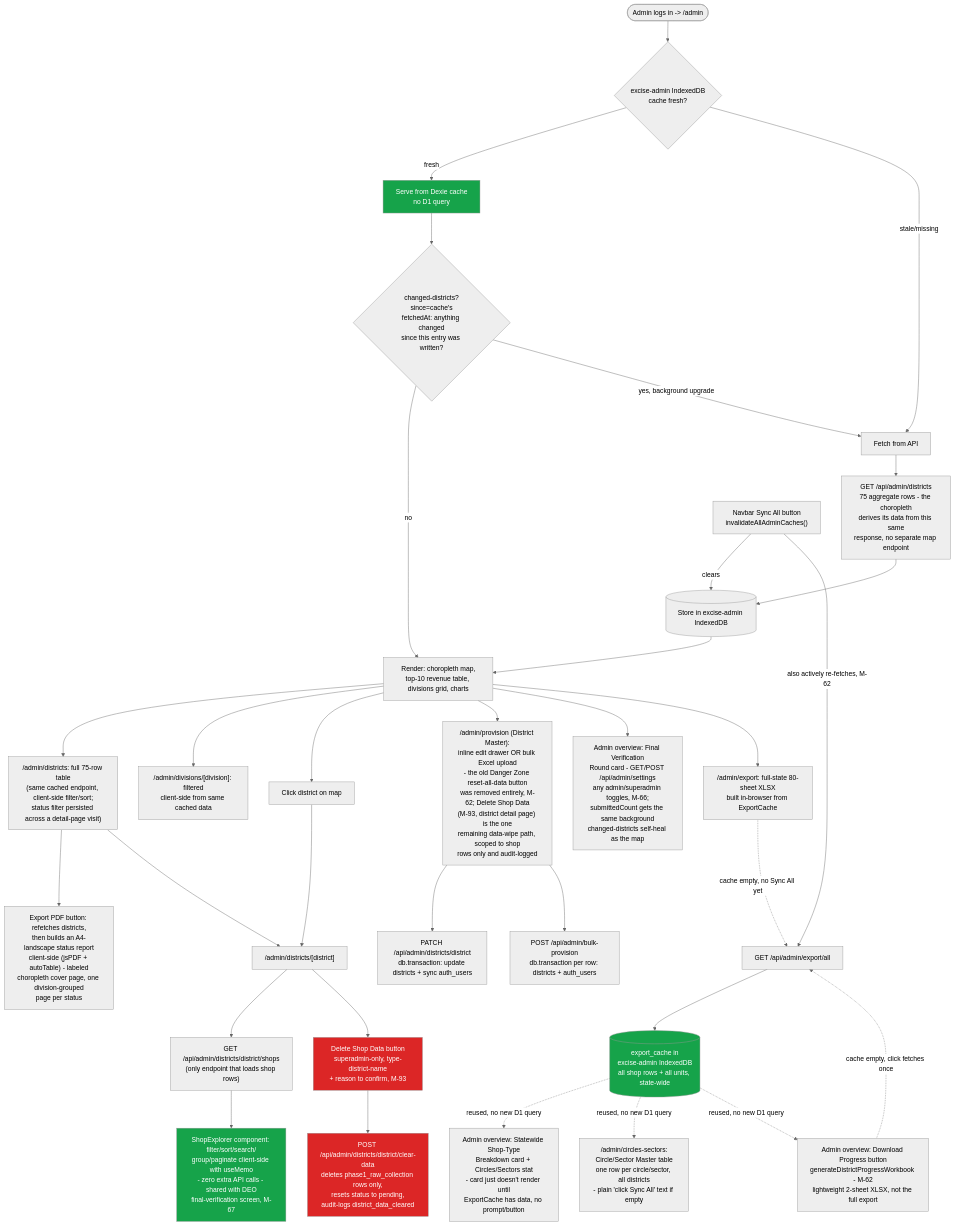
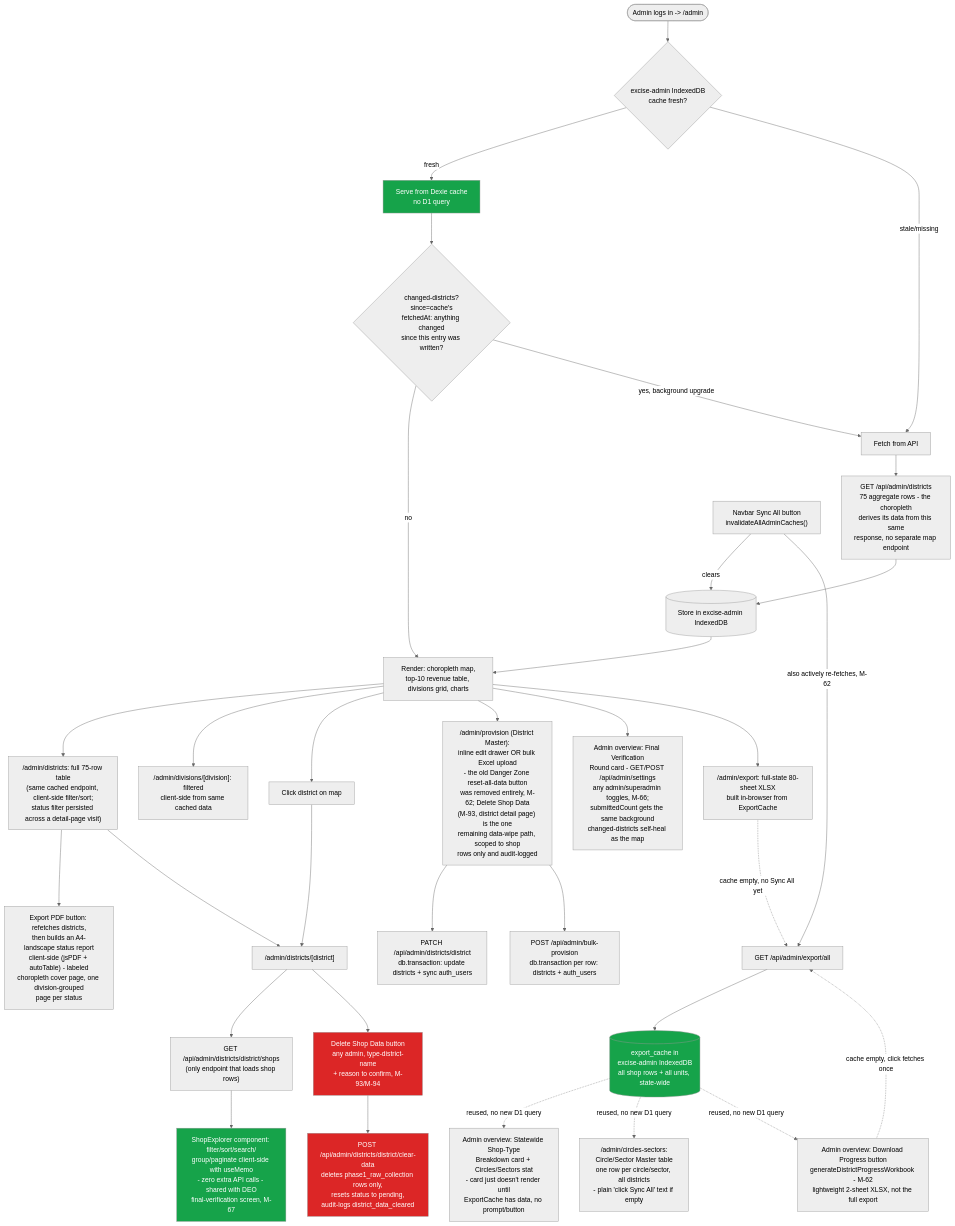
Before and after one commit to SubhanRaj/up-excise-spatial-revenue-optimizer: the third of 4 diagrams in docs/app-flow.md, drawn with Mermaid (neutral theme). The commit also changed 6 other files, not shown here.

First line of the commit message:
M-94: open "Delete Shop Data" to any admin, not just superadmin

````diff
--- a/docs/app-flow.md
+++ b/docs/app-flow.md
@@ -140,51 +140,51 @@
 ```mermaid
 flowchart TD
     AdminLogin([Admin logs in -> /admin]) --> CacheCheck{excise-admin IndexedDB\ncache fresh?}
 
     CacheCheck -->|fresh| UseCache[Serve from Dexie cache\nno D1 query]
     CacheCheck -->|stale/missing| Fetch[Fetch from API]
 
     Fetch --> Districts[GET /api/admin/districts\n75 aggregate rows - the choropleth\nderives its data from this same\nresponse, no separate map endpoint]
     Districts --> StoreCache[(Store in excise-admin IndexedDB)]
     StoreCache --> Render
 
     UseCache --> SelfHeal{"changed-districts?since=cache's\nfetchedAt: anything changed\nsince this entry was written?"}
     SelfHeal -->|no| Render[Render: choropleth map,\ntop-10 revenue table, divisions grid, charts]
     SelfHeal -->|yes, background upgrade| Fetch
 
     Render --> DrillDistricts["/admin/districts: full 75-row table\n(same cached endpoint, client-side filter/sort;\nstatus filter persisted across a detail-page visit)"]
     Render --> DrillDivisions["/admin/divisions/[division]: filtered\nclient-side from same cached data"]
     Render --> ClickPolygon[Click district on map]
     DrillDistricts --> ExportPdf["Export PDF button: refetches districts,\nthen builds an A4-landscape status report\nclient-side (jsPDF + autoTable) - labeled\nchoropleth cover page, one division-grouped\npage per status"]
 
     ClickPolygon --> DistrictDetail["/admin/districts/[district]"]
     DrillDistricts --> DistrictDetail
     DistrictDetail --> ShopsFetch["GET /api/admin/districts/district/shops\n(only endpoint that loads shop rows)"]
     ShopsFetch --> ClientOps[ShopExplorer component: filter/sort/search/\ngroup/paginate client-side with useMemo\n- zero extra API calls - shared with DEO\nfinal-verification screen, M-67]
-    DistrictDetail --> ClearData["Delete Shop Data button\nsuperadmin-only, type-district-name\n+ reason to confirm, M-93"]
+    DistrictDetail --> ClearData["Delete Shop Data button\nany admin, type-district-name\n+ reason to confirm, M-93/M-94"]
     ClearData --> ClearEP["POST /api/admin/districts/district/clear-data\ndeletes phase1_raw_collection rows only,\nresets status to pending,\naudit-logs district_data_cleared"]
 
     Render --> Provision["/admin/provision (District Master):\ninline edit drawer OR bulk Excel upload\n- the old Danger Zone reset-all-data button\nwas removed entirely, M-62; Delete Shop Data\n(M-93, district detail page) is the one\nremaining data-wipe path, scoped to shop\nrows only and audit-logged"]
     Provision --> PatchEP[PATCH /api/admin/districts/district\ndb.transaction: update districts + sync auth_users]
     Provision --> BulkEP[POST /api/admin/bulk-provision\ndb.transaction per row: districts + auth_users]
 
     Render --> SettingsCard["Admin overview: Final Verification\nRound card - GET/POST /api/admin/settings\nany admin/superadmin toggles, M-66;\nsubmittedCount gets the same background\nchanged-districts self-heal as the map"]
 
     SyncAll["Navbar Sync All button\ninvalidateAllAdminCaches()"] -->|clears| StoreCache
     SyncAll -->|also actively re-fetches, M-62| ExportEP[GET /api/admin/export/all]
     ExportEP --> ExportCache[(export_cache in\nexcise-admin IndexedDB\nall shop rows + all units, state-wide)]
 
     Render --> ExportPage["/admin/export: full-state 80-sheet XLSX\nbuilt in-browser from ExportCache"]
     ExportPage -.->|cache empty, no Sync All yet| ExportEP
 
     ExportCache -.->|reused, no new D1 query| ShopTypeCard["Admin overview: Statewide Shop-Type\nBreakdown card + Circles/Sectors stat\n- card just doesn't render until\nExportCache has data, no prompt/button"]
     ExportCache -.->|reused, no new D1 query| CirclesSectorsPage["/admin/circles-sectors:\nCircle/Sector Master table\none row per circle/sector, all districts\n- plain 'click Sync All' text if empty"]
     ExportCache -.->|reused, no new D1 query| ProgressBtn["Admin overview: Download Progress button\ngenerateDistrictProgressWorkbook - M-62\nlightweight 2-sheet XLSX, not the full export"]
     ProgressBtn -.->|cache empty, click fetches once| ExportEP
 
     style UseCache fill:#16a34a,color:#fff
     style ClientOps fill:#16a34a,color:#fff
     style ExportCache fill:#16a34a,color:#fff
     style ClearData fill:#dc2626,color:#fff
     style ClearEP fill:#dc2626,color:#fff
 ```
````
